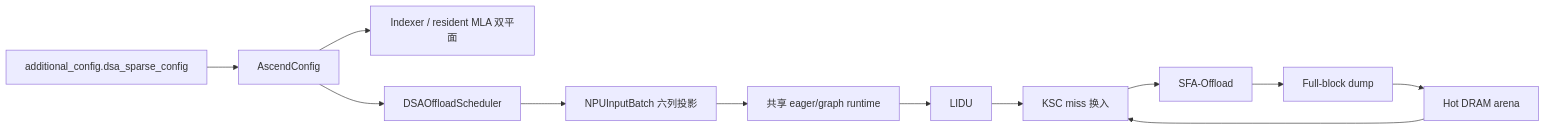
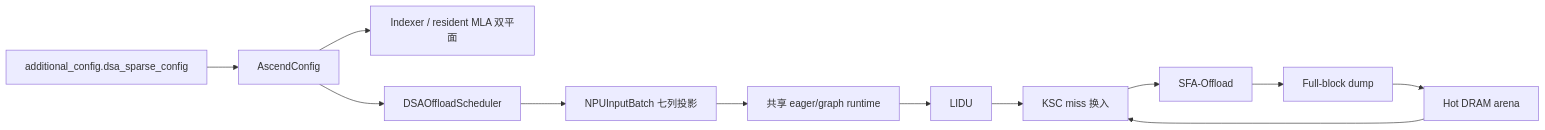
The diagram in README.md (ader47/vllm-ascend), drawn with Mermaid before and after one commit. The commit also changed other lines of this file and 45 other files, not shown here.

````diff
--- a/README.md
+++ b/README.md
@@ -26,14 +29,14 @@
 ```mermaid
 flowchart LR
     C["additional_config.dsa_sparse_config"] --> A["AscendConfig"]
     A --> K["Indexer / resident MLA 双平面"]
     A --> S["DSAOffloadScheduler"]
-    S --> I["NPUInputBatch 六列投影"]
+    S --> I["NPUInputBatch 七列投影"]
     I --> R["共享 eager/graph runtime"]
     R --> L["LIDU"]
     L --> X["KSC miss 换入"]
     X --> F["SFA-Offload"]
     D["Hot DRAM arena"] --> X
     F --> U["Full-block dump"]
     U --> D
 ```
````
